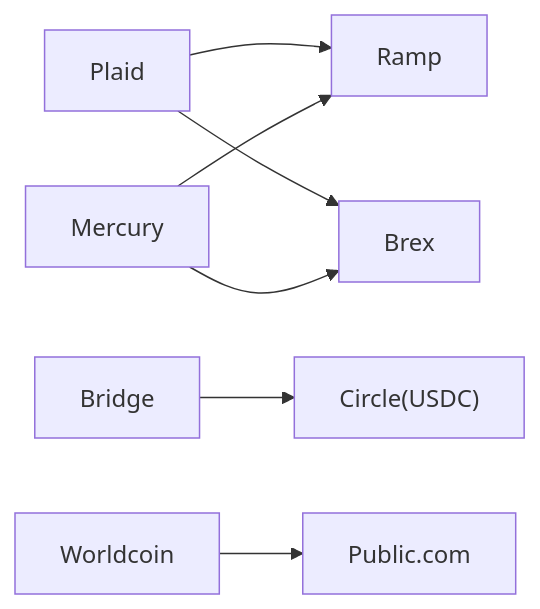
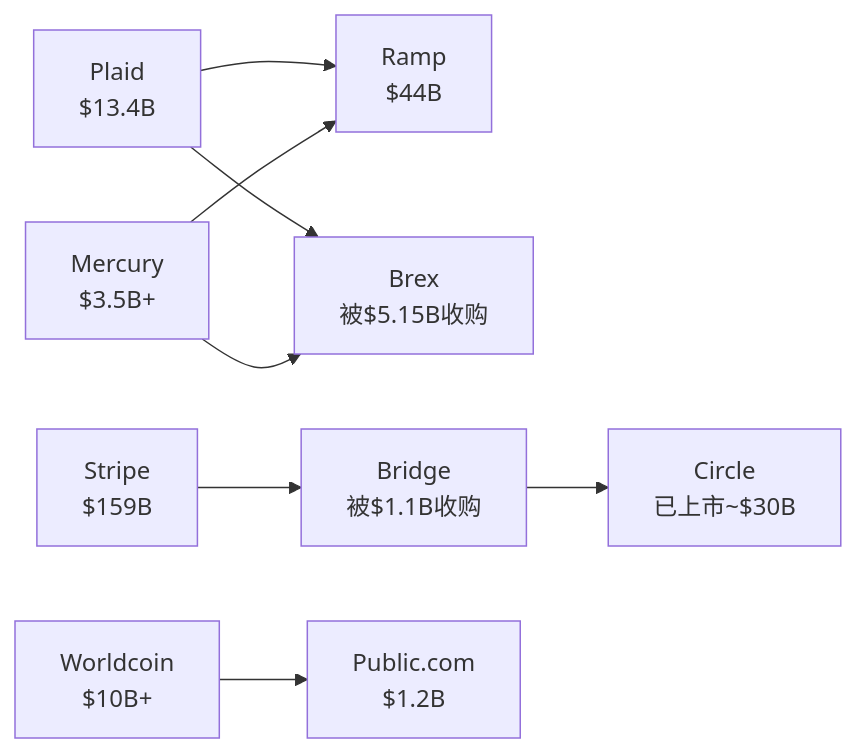
The sixth of 6 diagrams in .qoder/repowiki/zh/content/金融科技/金融科技.md (allengaller/awesome-startups), drawn with Mermaid before and after one commit. The commit also changed other lines of this file and 20 other files, not shown here.

````diff
--- a/.qoder/repowiki/zh/content/金融科技/金融科技.md
+++ b/.qoder/repowiki/zh/content/金融科技/金融科技.md
@@ -169,9 +232,10 @@
 ```mermaid
 graph LR
-Plaid["Plaid"] --> Ramp["Ramp"]
-Plaid --> Brex["Brex"]
-Mercury["Mercury"] --> Ramp
+Plaid["Plaid<br/>$13.4B"] --> Ramp["Ramp<br/>$44B"]
+Plaid --> Brex["Brex<br/>被$5.15B收购"]
+Mercury["Mercury<br/>$3.5B+"] --> Ramp
 Mercury --> Brex
-Bridge["Bridge"] --> Circle["Circle(USDC)"]
-Worldcoin["Worldcoin"] --> Public["Public.com"]
+Bridge["Bridge<br/>被$1.1B收购"] --> Circle["Circle<br/>已上市~$30B"]
+Worldcoin["Worldcoin<br/>$10B+"] --> Public["Public.com<br/>$1.2B"]
+Stripe["Stripe<br/>$159B"] --> Bridge
 ```
````
